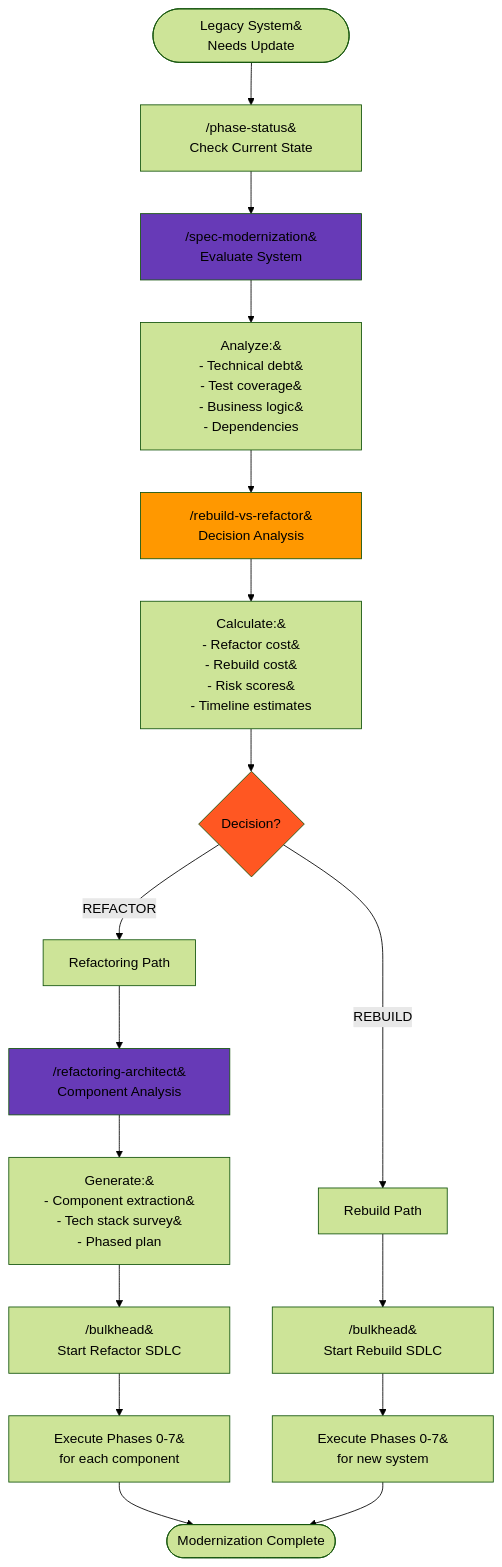
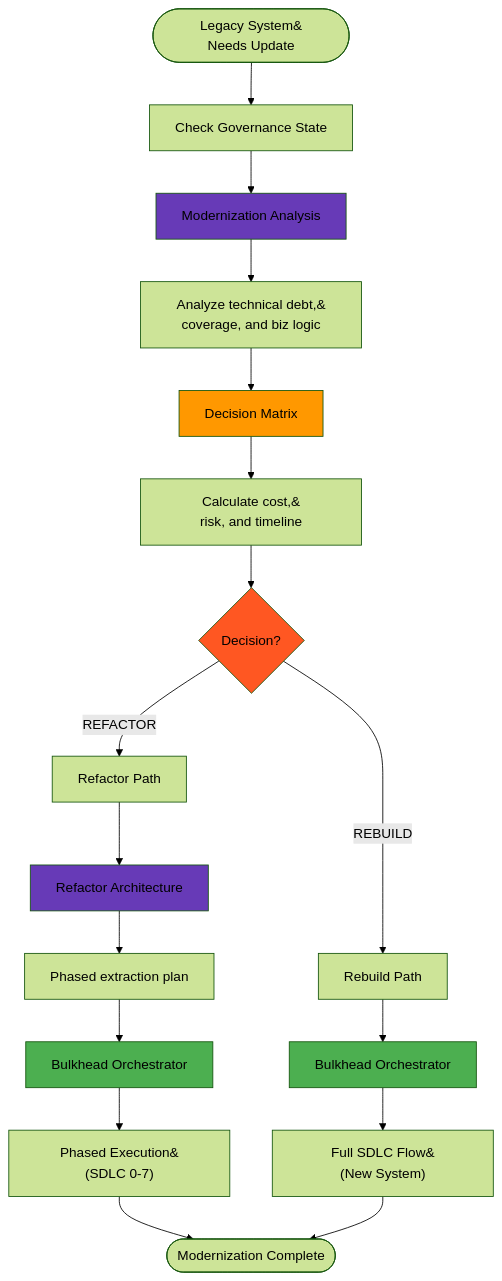
One commit to agarwalvipin/bulkhead changed the second of 8 diagrams in docs/workflow-scenarios.md. Above: the diagram before and after it, drawn with Mermaid (forest theme). The commit also changed other lines of this file and 19 other files, not shown here.

````diff
--- a/docs/workflow-scenarios.md
+++ b/docs/workflow-scenarios.md
@@ -75,34 +75,36 @@
 ```mermaid
 graph TD
-    Start(["Legacy System&#10;Needs Update"]) --> Status["/phase-status&#10;Check Current State"]
+    Start(["Legacy System&#10;Needs Update"]) --> Status["Check Governance State"]
     
-    Status --> SpecMod["/spec-modernization&#10;Evaluate System"]
+    Status --> SpecMod["Modernization Analysis"]
     
-    SpecMod --> Analysis["Analyze:&#10;- Technical debt&#10;- Test coverage&#10;- Business logic&#10;- Dependencies"]
+    SpecMod --> Analysis["Analyze technical debt,&#10;coverage, and biz logic"]
     
-    Analysis --> RebuildRefactor["/rebuild-vs-refactor&#10;Decision Analysis"]
+    Analysis --> RebuildRefactor["Decision Matrix"]
     
-    RebuildRefactor --> Metrics["Calculate:&#10;- Refactor cost&#10;- Rebuild cost&#10;- Risk scores&#10;- Timeline estimates"]
+    RebuildRefactor --> Metrics["Calculate cost,&#10;risk, and timeline"]
     
     Metrics --> Decision{Decision?}
     
-    Decision -->|REFACTOR| RefactorPath[Refactoring Path]
+    Decision -->|REFACTOR| RefactorPath[Refactor Path]
     Decision -->|REBUILD| RebuildPath[Rebuild Path]
     
-    RefactorPath --> RefArch["/refactoring-architect&#10;Component Analysis"]
-    RefArch --> RefPlan["Generate:&#10;- Component extraction&#10;- Tech stack survey&#10;- Phased plan"]
-    RefPlan --> BulkheadRefactor["/bulkhead&#10;Start Refactor SDLC"]
+    RefactorPath --> RefArch["Refactor Architecture"]
+    RefArch --> RefPlan["Phased extraction plan"]
+    RefPlan --> BulkheadRefactor["Bulkhead Orchestrator"]
     
-    RebuildPath --> BulkheadRebuild["/bulkhead&#10;Start Rebuild SDLC"]
+    RebuildPath --> BulkheadRebuild["Bulkhead Orchestrator"]
     
-    BulkheadRefactor --> Phases1["Execute Phases 0-7&#10;for each component"]
-    BulkheadRebuild --> Phases2["Execute Phases 0-7&#10;for new system"]
+    BulkheadRefactor --> Phases1["Phased Execution&#10;(SDLC 0-7)"]
+    BulkheadRebuild --> Phases2["Full SDLC Flow&#10;(New System)"]
     
     Phases1 --> Complete([Modernization Complete])
     Phases2 --> Complete
     
     style SpecMod fill:#673AB7
     style RebuildRefactor fill:#FF9800
     style RefArch fill:#673AB7
     style Decision fill:#FF5722
+    style BulkheadRefactor fill:#4CAF50
+    style BulkheadRebuild fill:#4CAF50
 ```
````
